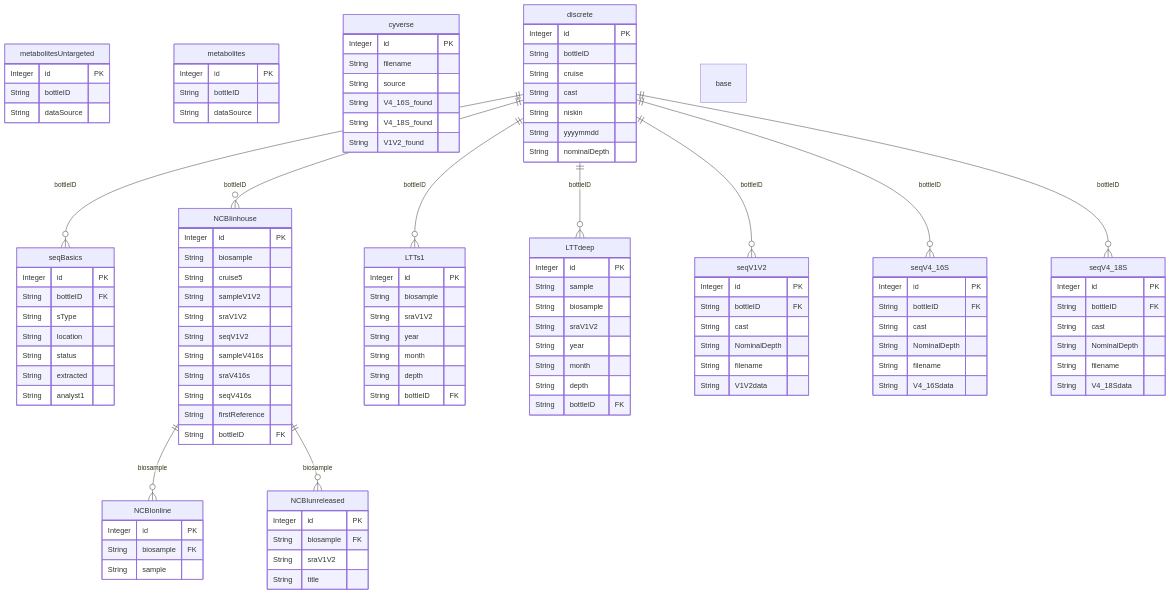
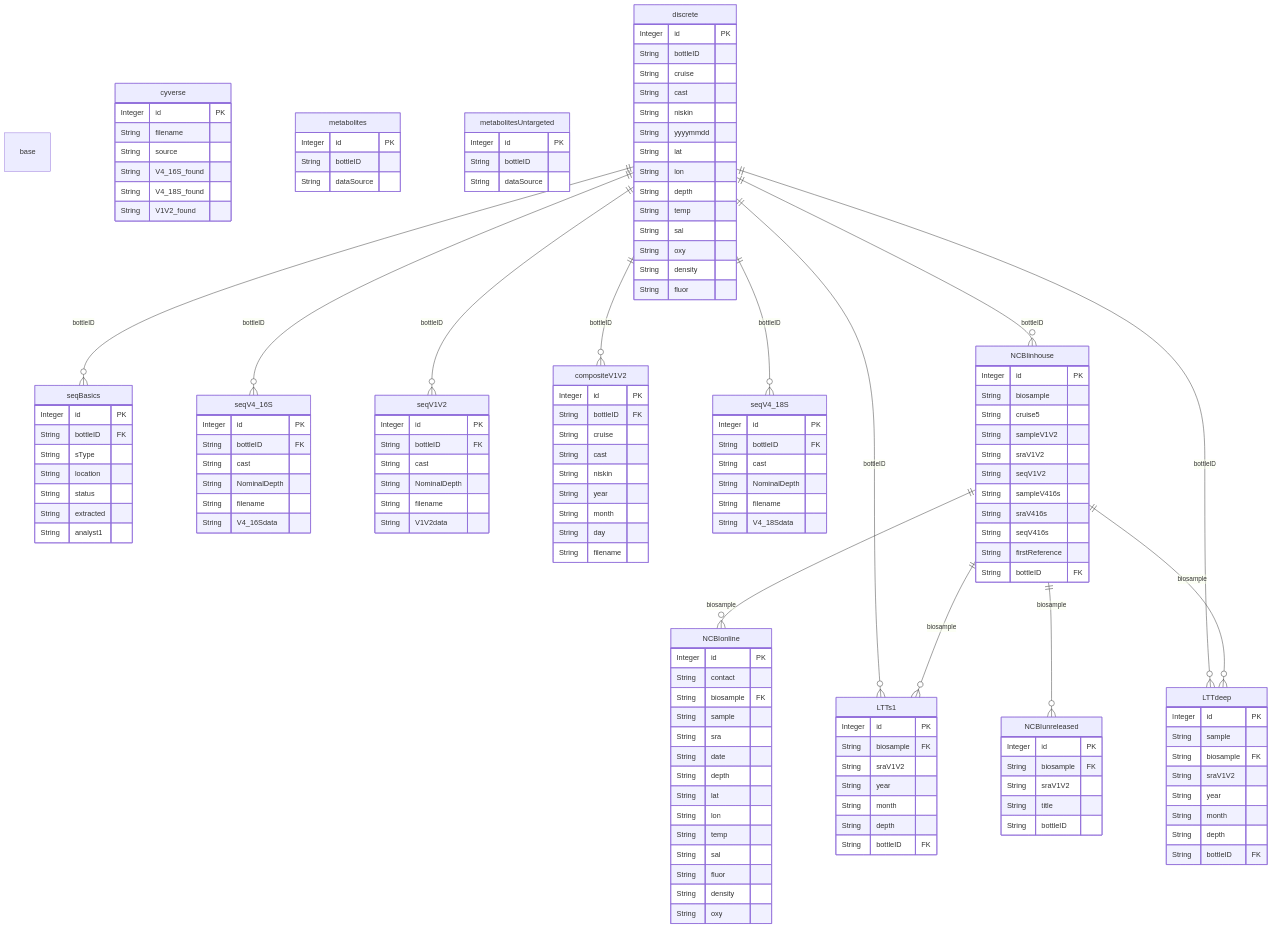
Before and after one commit to BIOS-SCOPE/SargassoDB: the diagram in schema.md, drawn with Mermaid. The commit also changed 5 other files, not shown here.

````diff
--- a/schema.md
+++ b/schema.md
@@ -1,6 +1,8 @@
 ```mermaid 
 
 erDiagram
+    base {
+    }
     seqBasics {
         Integer id PK
         String bottleID FK
@@ -10,15 +12,21 @@
         String extracted
         String analyst1
     }
-    metabolitesUntargeted {
+    seqV4_16S {
         Integer id PK
-        String bottleID
-        String dataSource
+        String bottleID FK
+        String cast
+        String NominalDepth
+        String filename
+        String V4_16Sdata
     }
-    metabolites {
+    seqV1V2 {
         Integer id PK
-        String bottleID
-        String dataSource
+        String bottleID FK
+        String cast
+        String NominalDepth
+        String filename
+        String V1V2data
     }
     cyverse {
         Integer id PK
@@ -28,6 +36,77 @@
         String V4_18S_found
         String V1V2_found
     }
+    metabolites {
+        Integer id PK
+        String bottleID
+        String dataSource
+    }
+    metabolitesUntargeted {
+        Integer id PK
+        String bottleID
+        String dataSource
+    }
+    compositeV1V2 {
+        Integer id PK
+        String bottleID FK
+        String cruise
+        String cast
+        String niskin
+        String year
+        String month
+        String day
+        String filename
+    }
+    NCBIunreleased {
+        Integer id PK
+        String biosample FK
+        String sraV1V2
+        String title
+        String bottleID
+    }
+    LTTdeep {
+        Integer id PK
+        String sample
+        String biosample FK
+        String sraV1V2
+        String year
+        String month
+        String depth
+        String bottleID FK
+    }
+    NCBIonline {
+        Integer id PK
+        String contact
+        String biosample FK
+        String sample
+        String sra
+        String date
+        String depth
+        String lat
+        String lon
+        String temp
+        String sal
+        String fluor
+        String density
+        String oxy
+    }
+    LTTs1 {
+        Integer id PK
+        String biosample FK
+        String sraV1V2
+        String year
+        String month
+        String depth
+        String bottleID FK
+    }
+    seqV4_18S {
+        Integer id PK
+        String bottleID FK
+        String cast
+        String NominalDepth
+        String filename
+        String V4_18Sdata
+    }
     discrete {
         Integer id PK
         String bottleID
@@ -35,9 +114,14 @@
         String cast
         String niskin
         String yyyymmdd
-        String nominalDepth
-    }
-    base {
+        String lat
+        String lon
+        String depth
+        String temp
+        String sal
+        String oxy
+        String density
+        String fluor
     }
     NCBIinhouse {
         Integer id PK
@@ -52,70 +136,20 @@
         String firstReference
         String bottleID FK
     }
-    NCBIonline {
-        Integer id PK
-        String biosample FK
-        String sample
-    }
-    NCBIunreleased {
-        Integer id PK
-        String biosample FK
-        String sraV1V2
-        String title
-    }
-    LTTs1 {
-        Integer id PK
-        String biosample
-        String sraV1V2
-        String year
-        String month
-        String depth
-        String bottleID FK
-    }
-    LTTdeep {
-        Integer id PK
-        String sample
-        String biosample
-        String sraV1V2
-        String year
-        String month
-        String depth
-        String bottleID FK
-    }
-    seqV1V2 {
-        Integer id PK
-        String bottleID FK
-        String cast
-        String NominalDepth
-        String filename
-        String V1V2data
-    }
-    seqV4_16S {
-        Integer id PK
-        String bottleID FK
-        String cast
-        String NominalDepth
-        String filename
-        String V4_16Sdata
-    }
-    seqV4_18S {
-        Integer id PK
-        String bottleID FK
-        String cast
-        String NominalDepth
-        String filename
-        String V4_18Sdata
-    }
     discrete ||--o{ seqBasics : "bottleID"
     discrete ||--o{ seqV4_16S : "bottleID"
     discrete ||--o{ seqV1V2 : "bottleID"
+    discrete ||--o{ compositeV1V2 : "bottleID"
     discrete ||--o{ seqV4_18S : "bottleID"
     discrete ||--o{ NCBIinhouse : "bottleID"
     NCBIinhouse ||--o{ NCBIonline : "biosample"
+    NCBIinhouse ||--o{ LTTs1 : "biosample"
     discrete ||--o{ LTTs1 : "bottleID"
+    NCBIinhouse ||--o{ LTTdeep : "biosample"
     discrete ||--o{ LTTdeep : "bottleID"
     NCBIinhouse ||--o{ NCBIunreleased : "biosample"
 
 
 
+
 ```
````
